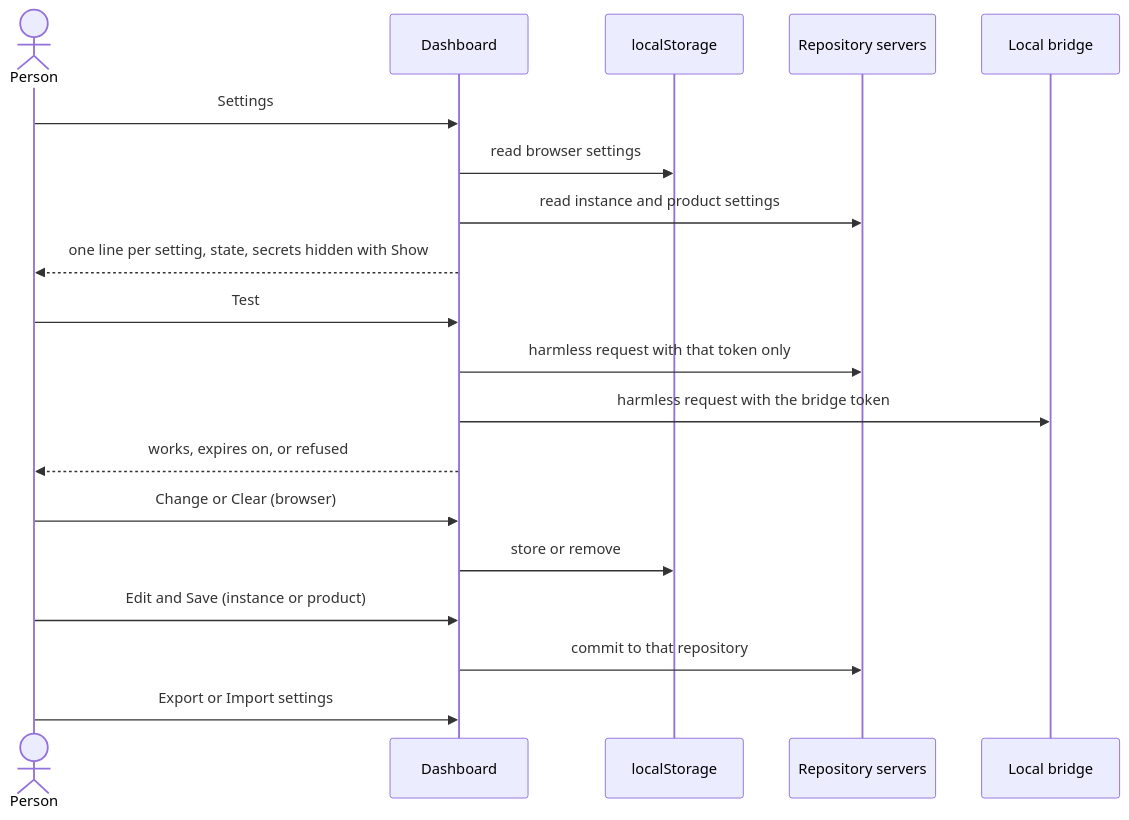
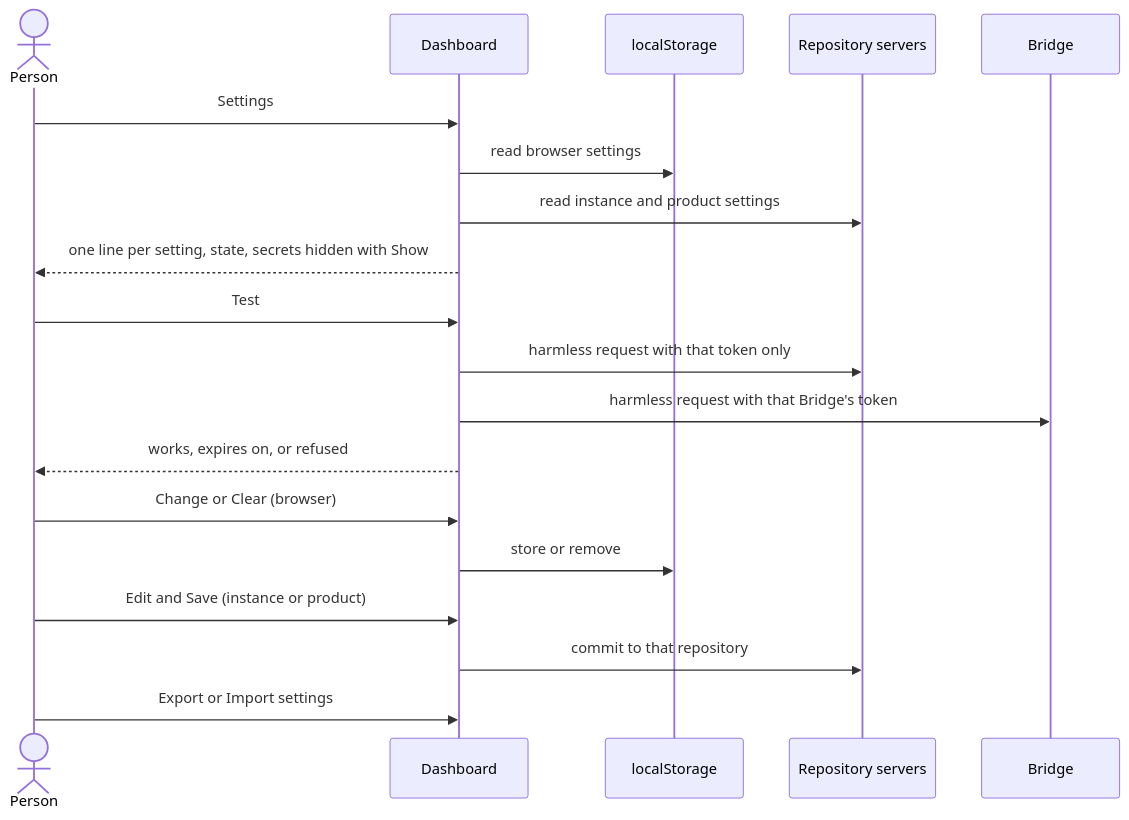
Before and after one commit to akmaier/agent-m: the diagram in docs/use-cases/UC-042-manage-settings.md, drawn with Mermaid. The commit also changed other lines of this file and 28 other files, not shown here.

````diff
--- a/docs/use-cases/UC-042-manage-settings.md
+++ b/docs/use-cases/UC-042-manage-settings.md
@@ -98,21 +98,21 @@
 ```mermaid
 sequenceDiagram
     actor P as Person
     participant D as Dashboard
     participant L as localStorage
     participant S as Repository servers
-    participant B as Local bridge
+    participant B as Bridge
     P->>D: Settings
     D->>L: read browser settings
     D->>S: read instance and product settings
     D-->>P: one line per setting, state, secrets hidden with Show
     P->>D: Test
     D->>S: harmless request with that token only
-    D->>B: harmless request with the bridge token
+    D->>B: harmless request with that Bridge's token
     D-->>P: works, expires on, or refused
     P->>D: Change or Clear (browser)
     D->>L: store or remove
     P->>D: Edit and Save (instance or product)
     D->>S: commit to that repository
     P->>D: Export or Import settings
 ```
````
